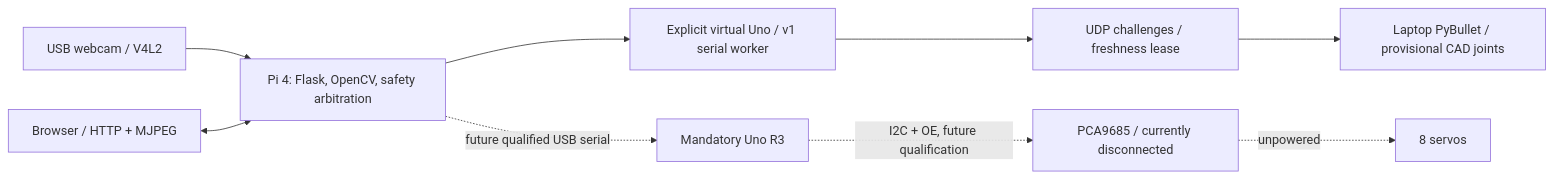
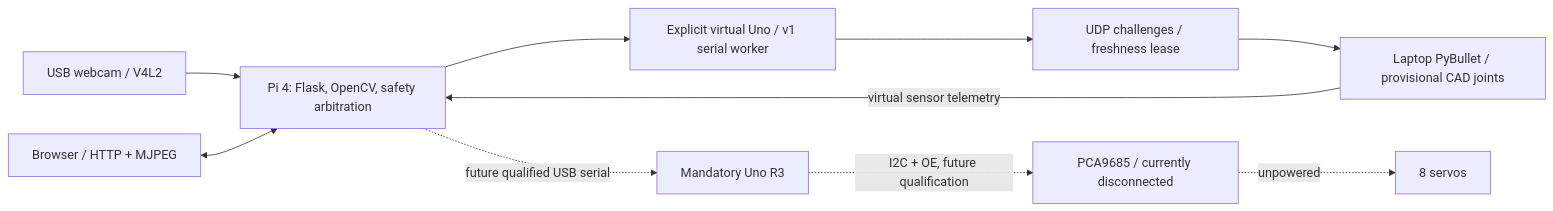
The diagram in README.md (diyan07-ctrl/Quadruped107), drawn with Mermaid before and after one commit. The commit also changed other lines of this file and 16 other files, not shown here.

````diff
--- a/README.md
+++ b/README.md
@@ -9,11 +11,12 @@
 ```mermaid
 flowchart LR
     USB["USB webcam / V4L2"] --> Pi["Pi 4: Flask, OpenCV, safety arbitration"]
     Browser["Browser / HTTP + MJPEG"] <--> Pi
     Pi --> VUno["Explicit virtual Uno / v1 serial worker"]
     VUno --> Bridge["UDP challenges / freshness lease"]
+    Twin -->|virtual sensor telemetry| Pi
     Bridge --> Twin["Laptop PyBullet / provisional CAD joints"]
     Pi -. "future qualified USB serial" .-> Uno["Mandatory Uno R3"]
     Uno -. "I2C + OE, future qualification" .-> PCA["PCA9685 / currently disconnected"]
     PCA -. "unpowered" .-> Servos["8 servos"]
 ```
````
